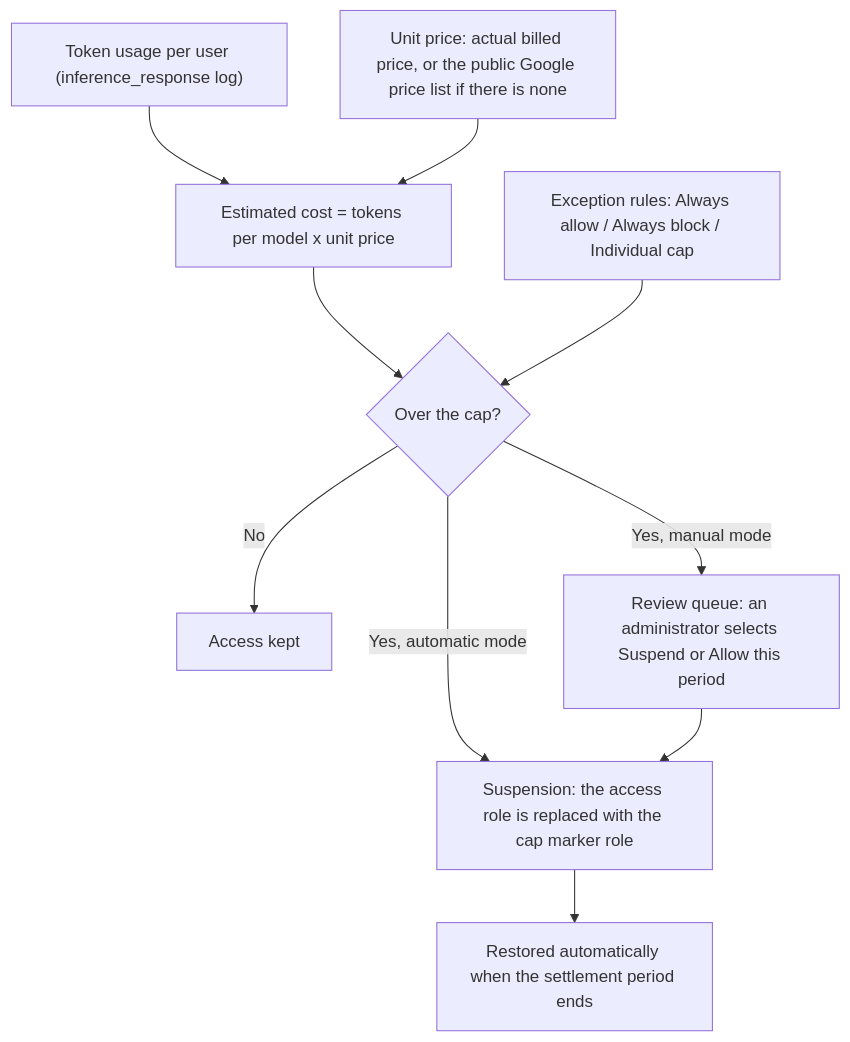
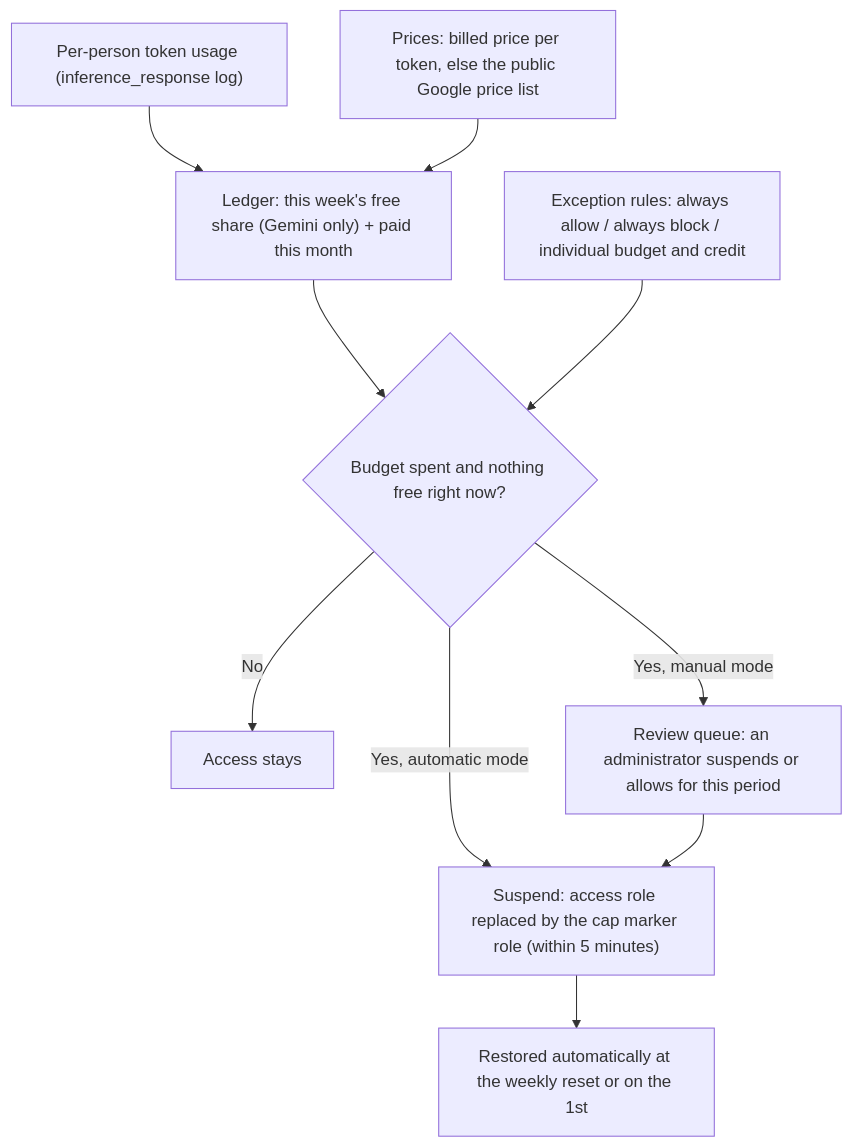
One commit to ldu1225/enterprise-ai-governance-dashboard changed the third of 3 diagrams in README.en.md. Above: the diagram before and after it, drawn with Mermaid. The commit also changed other lines of this file and 24 other files, not shown here.

````diff
--- a/README.en.md
+++ b/README.en.md
@@ -585,12 +599,12 @@
 ```mermaid
 flowchart TD
-  usage["Token usage per user (inference_response log)"] --> cost["Estimated cost = tokens per model x unit price"]
-  prices["Unit price: actual billed price, or the public Google price list if there is none"] --> cost
-  cost --> check{"Over the cap?"}
-  rules["Exception rules: Always allow / Always block / Individual cap"] --> check
-  check -- "No" --> keep["Access kept"]
-  check -- "Yes, automatic mode" --> suspend["Suspension: the access role is replaced with the cap marker role"]
-  check -- "Yes, manual mode" --> queue["Review queue: an administrator selects Suspend or Allow this period"]
+  usage["Per-person token usage (inference_response log)"] --> ledger["Ledger: this week's free share (Gemini only) + paid this month"]
+  prices["Prices: billed price per token, else the public Google price list"] --> ledger
+  ledger --> check{"Budget spent and nothing free right now?"}
+  rules["Exception rules: always allow / always block / individual budget and credit"] --> check
+  check -- "No" --> keep["Access stays"]
+  check -- "Yes, automatic mode" --> suspend["Suspend: access role replaced by the cap marker role (within 5 minutes)"]
+  check -- "Yes, manual mode" --> queue["Review queue: an administrator suspends or allows for this period"]
   queue --> suspend
-  suspend --> reset["Restored automatically when the settlement period ends"]
+  suspend --> reset["Restored automatically at the weekly reset or on the 1st"]
 ```
````
